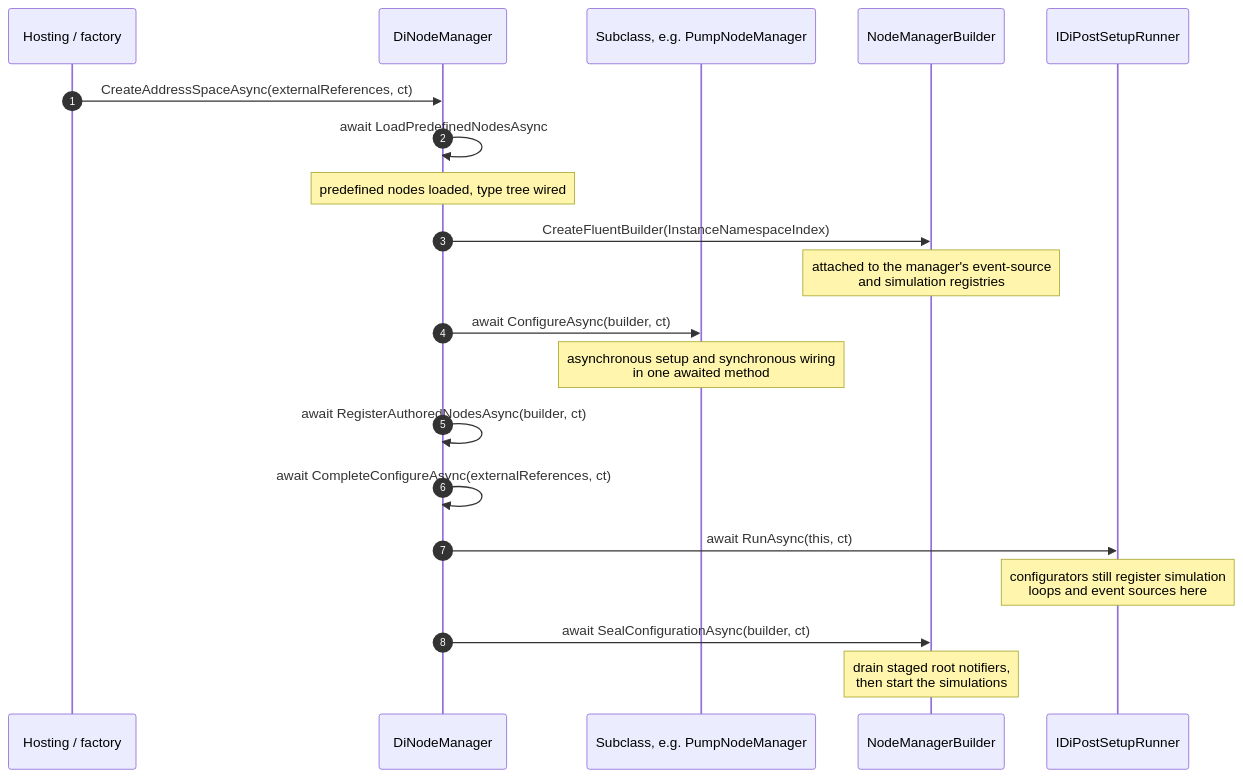
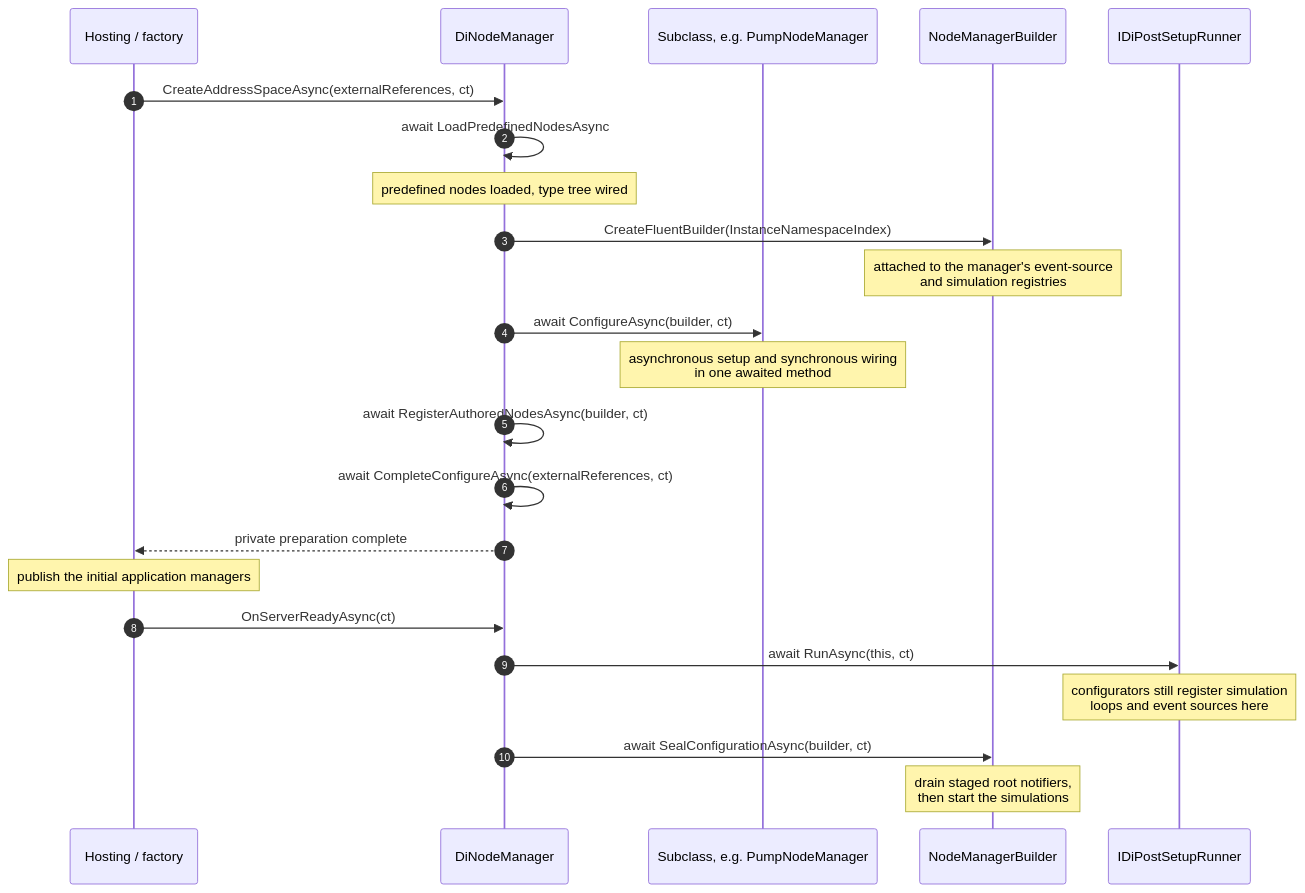
Before and after one commit to OPCFoundation/UA-.NETStandard: the diagram in docs/DeviceIntegration.md, drawn with Mermaid. The commit also changed other lines of this file and 7 other files, not shown here.

````diff
--- a/docs/DeviceIntegration.md
+++ b/docs/DeviceIntegration.md
@@ -617,27 +622,30 @@
 ```mermaid
 sequenceDiagram
     autonumber
     participant Host as Hosting / factory
     participant Base as DiNodeManager
     participant Sub as Subclass, e.g. PumpNodeManager
     participant B as NodeManagerBuilder
     participant Run as IDiPostSetupRunner
 
     Host->>Base: CreateAddressSpaceAsync(externalReferences, ct)
     Base->>Base: await LoadPredefinedNodesAsync
     Note over Base: predefined nodes loaded, type tree wired
     Base->>B: CreateFluentBuilder(InstanceNamespaceIndex)
     Note over B: attached to the manager's event-source<br/>and simulation registries
 
     Base->>Sub: await ConfigureAsync(builder, ct)
     Note over Sub: asynchronous setup and synchronous wiring<br/>in one awaited method
 
     Base->>Base: await RegisterAuthoredNodesAsync(builder, ct)
     Base->>Base: await CompleteConfigureAsync(externalReferences, ct)
 
+    Base-->>Host: private preparation complete
+    Note over Host: publish the initial application managers
+    Host->>Base: OnServerReadyAsync(ct)
     Base->>Run: await RunAsync(this, ct)
     Note over Run: configurators still register simulation<br/>loops and event sources here
 
     Base->>B: await SealConfigurationAsync(builder, ct)
     Note over B: drain staged root notifiers,<br/>then start the simulations
 ```
````
